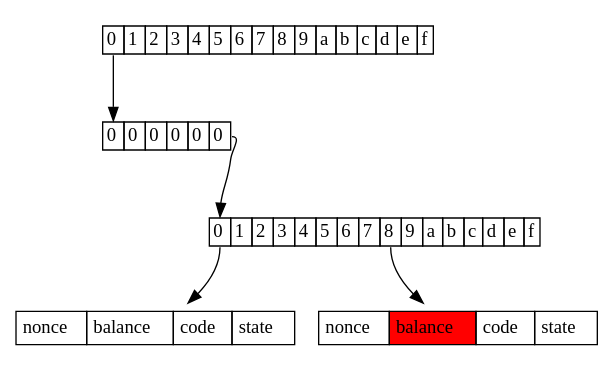
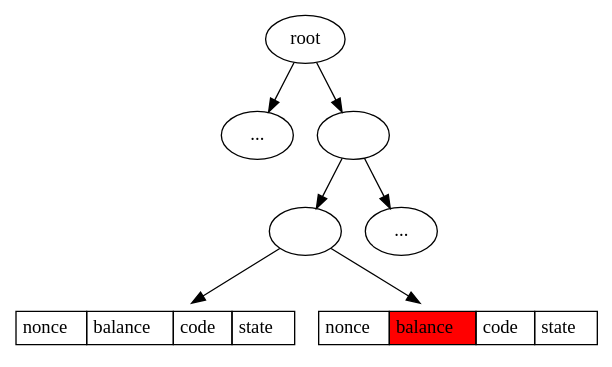
One commit to gballet/presentations changed the diagram in ethcc20/balancestage.dot. Above: the diagram before and after it, drawn with Graphviz. The commit also changed 6 other files, not shown here.

```diff
--- a/ethcc20/balancestage.dot
+++ b/ethcc20/balancestage.dot
@@ -1,17 +1,21 @@
 digraph D {
-sbranch [shape=none,label=<<table border="0" cellborder="1" cellspacing="0"><tr><td port="0">0</td><td port="1">1</td><td port="2">2</td><td port="3">3</td><td port="4">4</td><td port="5">5</td><td port="6">6</td><td port="7">7</td><td port="8">8</td><td port="9">9</td><td port="10">a</td><td port="11">b</td><td port="12">c</td><td port="13">d</td><td port="14">e</td><td port="15">f</td></tr></table>>]
-    	sbranch0000000 [shape=none,label=<<table border="0" cellborder="1" cellspacing="0"><tr><td port="0">0</td><td port="1">1</td><td port="2">2</td><td port="3">3</td><td port="4">4</td><td port="5">5</td><td port="6">6</td><td port="7">7</td><td port="8">8</td><td port="9">9</td><td port="10">a</td><td port="11">b</td><td port="12">c</td><td port="13">d</td><td port="14">e</td><td port="15">f</td></tr></table>>]
-        {
-        rank=same;
-	    sleaf00000000 [shape=none,margin=0,label=<<table border="0" cellborder="1" cellspacing="0" cellpadding="4"><tr><td port="0">nonce</td><td port="balanceto">balance</td><td>code</td><td>state</td></tr></table>>]
-	    sleaf00000008 [shape=none,margin=0,label=<<table border="0" cellborder="1" cellspacing="0" cellpadding="4"><tr><td port="0">nonce</td><td port="balancefrom" bgcolor="red">balance</td><td>code</td><td>state</td></tr></table>>]
-        }
-	    sextension0 [shape=none,label=<<table border="0" cellspacing="0" cellborder="1"><tr><td port="0">0</td><td port="1">0</td><td port="2">0</td><td port="3">0</td><td port="4">0</td><td port="5">0</td></tr></table>>]
+	root
+    	l [label="..."]
+    	r [label=""] 
+	rl [label=""]
+	rr [label="..."] 
+	{
+        	rank=same;
+		sleaf00000000 [shape=none,margin=0,label=<<table border="0" cellborder="1" cellspacing="0" cellpadding="4"><tr><td port="0">nonce</td><td port="balanceto">balance</td><td>code</td><td>state</td></tr></table>>]
+		sleaf00000008 [shape=none,margin=0,label=<<table border="0" cellborder="1" cellspacing="0" cellpadding="4"><tr><td port="0">nonce</td><td port="balancefrom" bgcolor="red">balance</td><td>code</td><td>state</td></tr></table>>]
+	}
 
-        sbranch:0 -> sextension0:0
-        sextension0:5 -> sbranch0000000:0
-        sbranch0000000:0 -> sleaf00000000
-        sbranch0000000:8 -> sleaf00000008
+        root -> l
+        root -> r
+        r -> rl
+        r -> rr
+        rl -> sleaf00000000
+        rl -> sleaf00000008
        
         sleaf00000000 -> sleaf00000008 [style=invis]
-    }
+}
```
